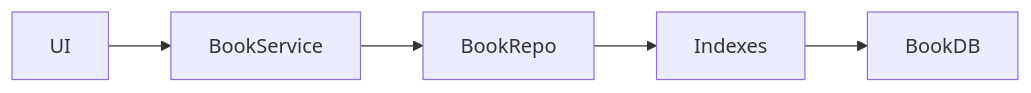
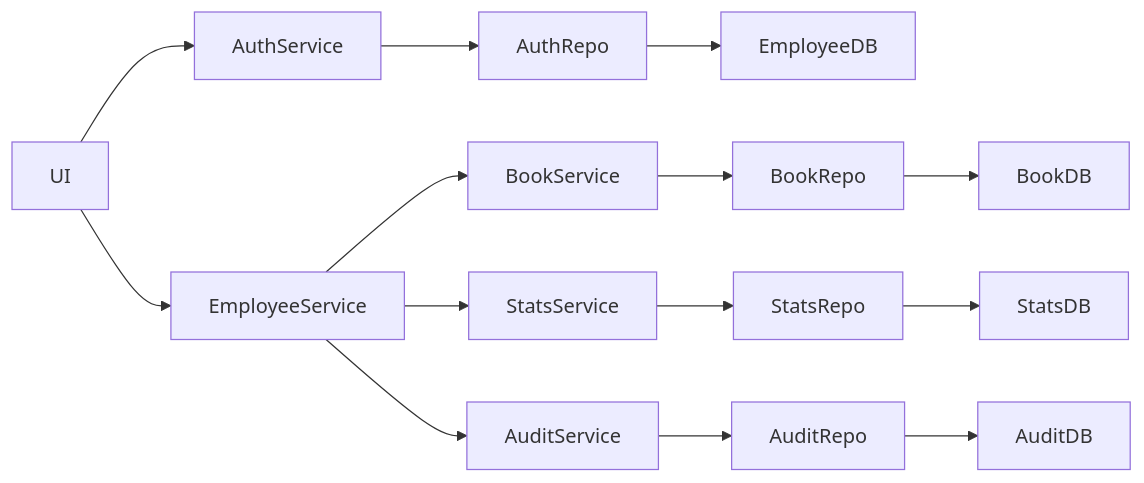
One commit to Apameus/Bookly changed the first of 10 diagrams in docs/high_level_architecture.md. Above: the diagram before and after it, drawn with Mermaid. The commit also changed other lines of this file, not shown here.

Commit message:
high_level_architecture.md  BETA

````diff
--- a/docs/high_level_architecture.md
+++ b/docs/high_level_architecture.md
@@ -2,4 +2,7 @@
 ```mermaid
 flowchart LR
-    UI --> BS[BookService] --> BR[BookRepo] --> I[Indexes] --> DB[BookDB] 
+    UI --> AS[AuthService] --> AR[AuthRepo] --> EDB[EmployeeDB]
+    UI --> ES[EmployeeService] --> BS[BookService] --> BR[BookRepo] --> BDB[BookDB]
+    ES --> SS[StatsService] --> SR[StatsRepo] --> SDB[StatsDB]
+    ES --> AUS[AuditService] --> AUR[AuditRepo] --> ADB[AuditDB]
 ```
````
